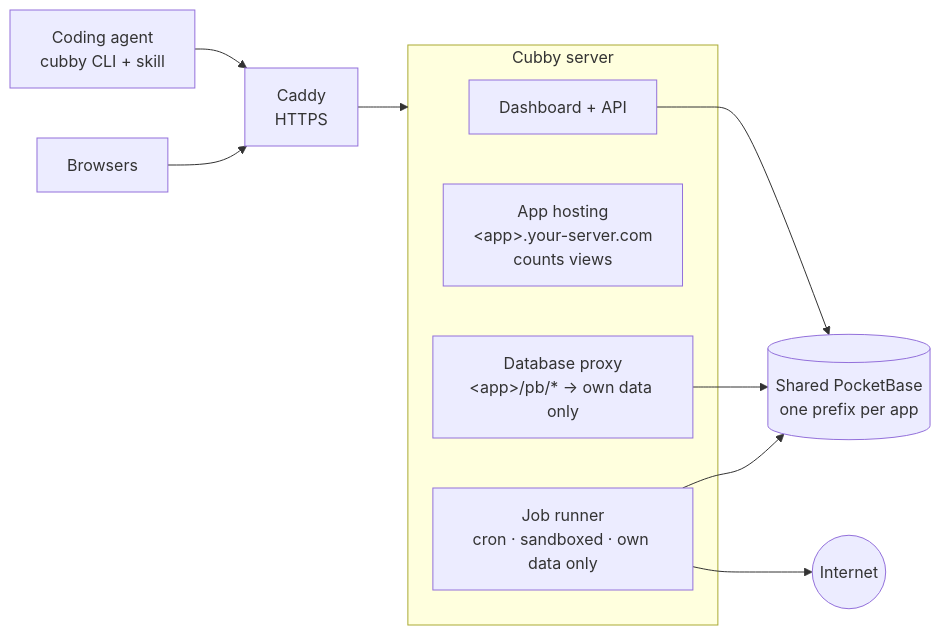
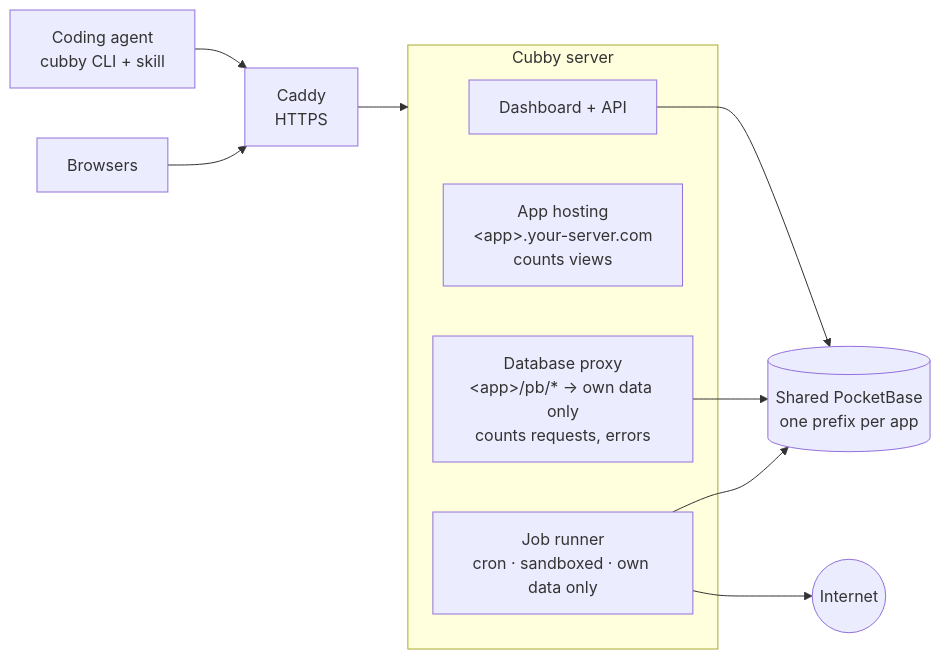
Before and after one commit to chaitanyadukkipaty/cubby: the third of 3 diagrams in README.md, drawn with Mermaid. The commit also changed other lines of this file and 11 other files, not shown here.

````diff
--- a/README.md
+++ b/README.md
@@ -309,16 +311,16 @@
 ```mermaid
 flowchart LR
     A[Coding agent<br/>cubby CLI + skill] --> C[Caddy<br/>HTTPS]
     B[Browsers] --> C
     C --> S
     subgraph S[Cubby server]
       D[Dashboard + API]
       H["App hosting<br/>&lt;app&gt;.your-server.com<br/>counts views"]
-      P["Database proxy<br/>&lt;app&gt;/pb/* → own data only"]
+      P["Database proxy<br/>&lt;app&gt;/pb/* → own data only<br/>counts requests, errors"]
       J["Job runner<br/>cron · sandboxed · own data only"]
     end
     P --> DB[(Shared PocketBase<br/>one prefix per app)]
     J --> DB
     J --> I((Internet))
     D --> DB
 ```
````
